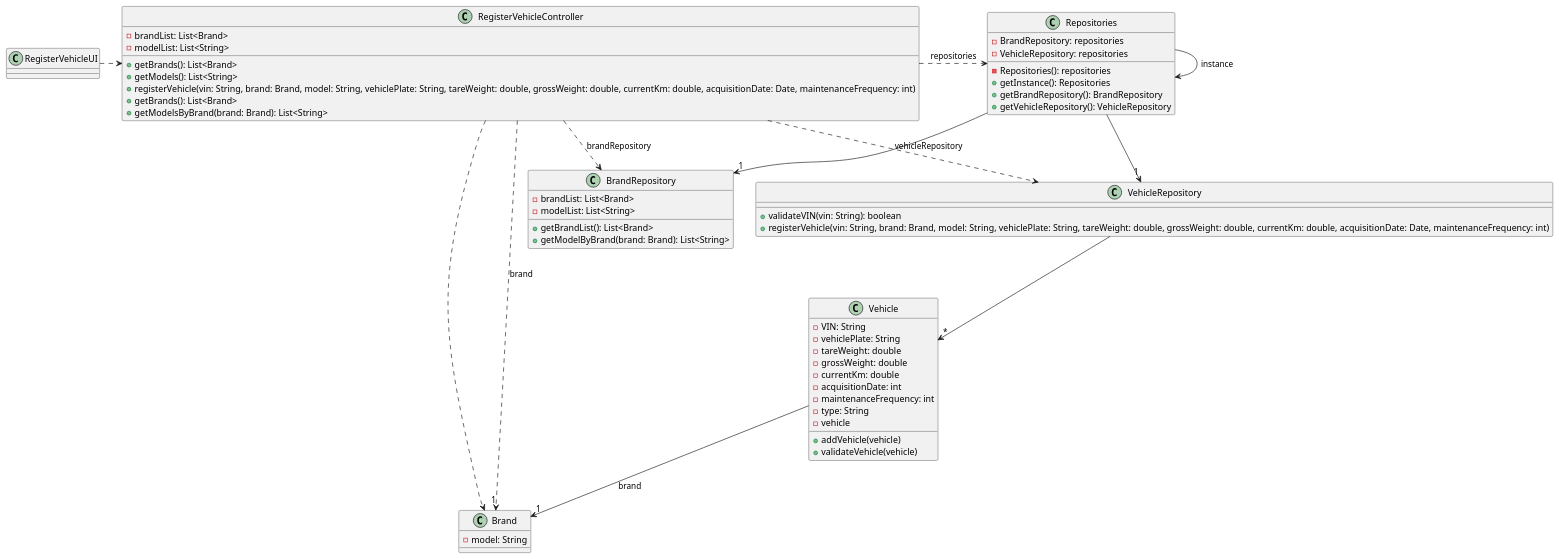
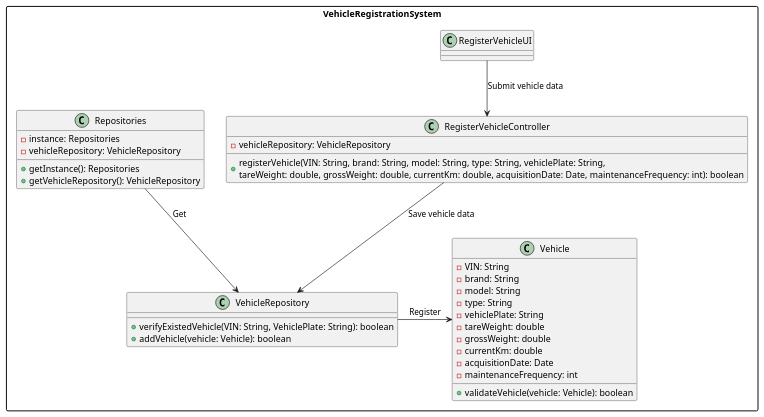
One commit to ricardomm7/leaflink changed the diagram in docs/sprintB/us006/03.design/puml/us006-class-diagram.puml. Above: the diagram before and after it, drawn with PlantUML. The commit also changed 11 other files, not shown here.

Commit message:
LFC2-148<Update US006 Readme.md and Class Diagram> LFC2-88<Update SSD>

```diff
--- a/docs/sprintB/us006/03.design/puml/us006-class-diagram.puml
+++ b/docs/sprintB/us006/03.design/puml/us006-class-diagram.puml
@@ -1,84 +1,49 @@
 @startuml
 skinparam packageStyle rectangle
 skinparam shadowing false
 skinparam line type polyline
 
-class RegisterVehicleUI {
+package VehicleRegistrationSystem {
+    class RegisterVehicleUI {
 
+    }
+
+    class RegisterVehicleController {
+        - vehicleRepository: VehicleRepository
+        + registerVehicle(VIN: String, brand: String, model: String, type: String, vehiclePlate: String, \ntareWeight: double, grossWeight: double, currentKm: double, acquisitionDate: Date, maintenanceFrequency: int): boolean
+    }
+
+    class Repositories {
+        - instance: Repositories
+        - vehicleRepository: VehicleRepository
+        + getInstance(): Repositories
+        + getVehicleRepository(): VehicleRepository
+    }
+
+    class VehicleRepository {
+        + verifyExistedVehicle(VIN: String, VehiclePlate: String): boolean
+        + addVehicle(vehicle: Vehicle): boolean
+    }
+
+    class Vehicle {
+        - VIN: String
+        - brand: String
+        - model: String
+        - type: String
+        - vehiclePlate: String
+        - tareWeight: double
+        - grossWeight: double
+        - currentKm: double
+        - acquisitionDate: Date
+        - maintenanceFrequency: int
+
+        + validateVehicle(vehicle: Vehicle): boolean
+    }
+
+    Repositories --> VehicleRepository: Get
+    RegisterVehicleUI --> RegisterVehicleController: Submit vehicle data
+    RegisterVehicleController --> VehicleRepository: Save vehicle data
+    VehicleRepository -> Vehicle: Register
 }
 
-class RegisterVehicleController {
-    - brandList: List<Brand>
-    - modelList: List<String>
-    + getBrands(): List<Brand>
-    + getModels(): List<String>
-    + registerVehicle(vin: String, brand: Brand, model: String, vehiclePlate: String, tareWeight: double, grossWeight: double, currentKm: double, acquisitionDate: Date, maintenanceFrequency: int)
-    + getBrands(): List<Brand>
-    + getModelsByBrand(brand: Brand): List<String>
-}
-
-class Repositories {
-    - Repositories(): repositories
-    - BrandRepository: repositories
-    - VehicleRepository: repositories
-    + getInstance(): Repositories
-    + getBrandRepository(): BrandRepository
-    + getVehicleRepository(): VehicleRepository
-}
-
-class VehicleRepository {
-    + validateVIN(vin: String): boolean
-    + registerVehicle(vin: String, brand: Brand, model: String, vehiclePlate: String, tareWeight: double, grossWeight: double, currentKm: double, acquisitionDate: Date, maintenanceFrequency: int)
-}
-
-class BrandRepository {
-    - brandList: List<Brand>
-    - modelList: List<String>
-    + getBrandList(): List<Brand>
-    + getModelByBrand(brand: Brand): List<String>
-}
-
-
-class Vehicle {
-    - VIN: String
-    - vehiclePlate: String
-    - tareWeight: double
-    - grossWeight: double
-    - currentKm: double
-    - acquisitionDate: int
-    - maintenanceFrequency: int
-    - type: String
-    - vehicle
-
-    + addVehicle(vehicle)
-    + validateVehicle(vehicle)
-
-}
-
-class Brand {
-    - model: String
-}
-
-Repositories -> Repositories : instance
-
-RegisterVehicleUI .> RegisterVehicleController
-
-RegisterVehicleController .> Repositories : repositories
-
-Repositories -> "1" BrandRepository
-
-RegisterVehicleController ..> Brand
-
-RegisterVehicleController ..> VehicleRepository : vehicleRepository
-
-RegisterVehicleController ..> BrandRepository : brandRepository
-
-Repositories --> "1" VehicleRepository
-
-VehicleRepository --> "*" Vehicle
-
-RegisterVehicleController ..> "1" Brand : brand
-
-Vehicle --> "1" Brand : brand
-
 @enduml
```
